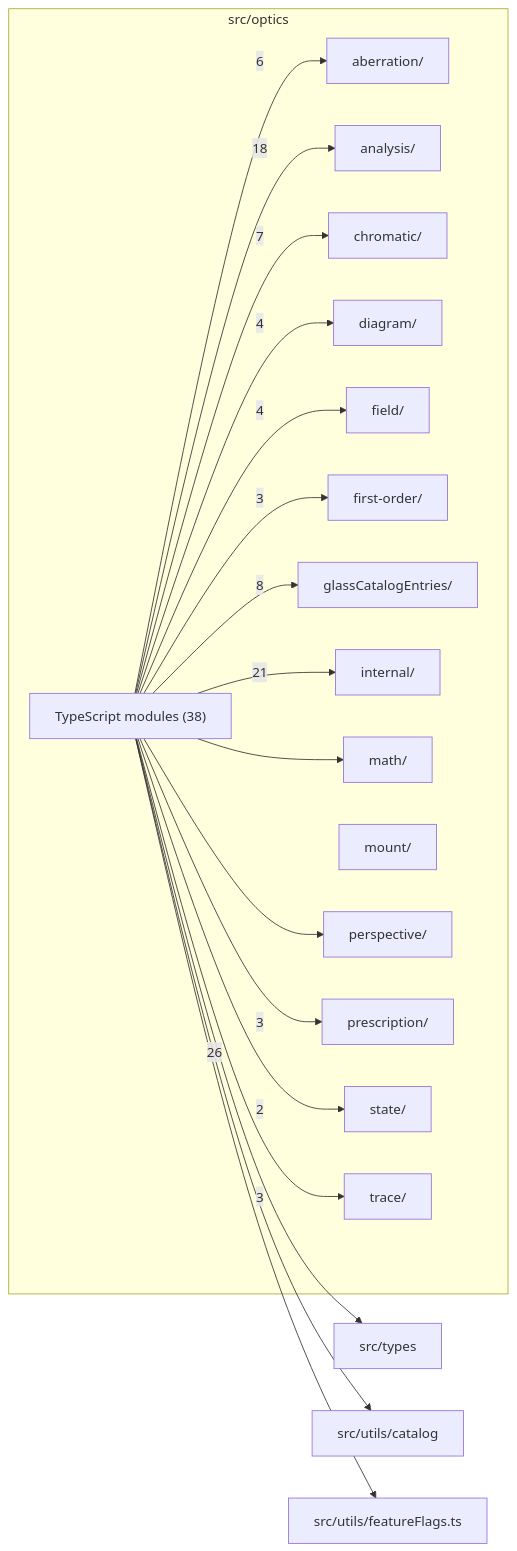
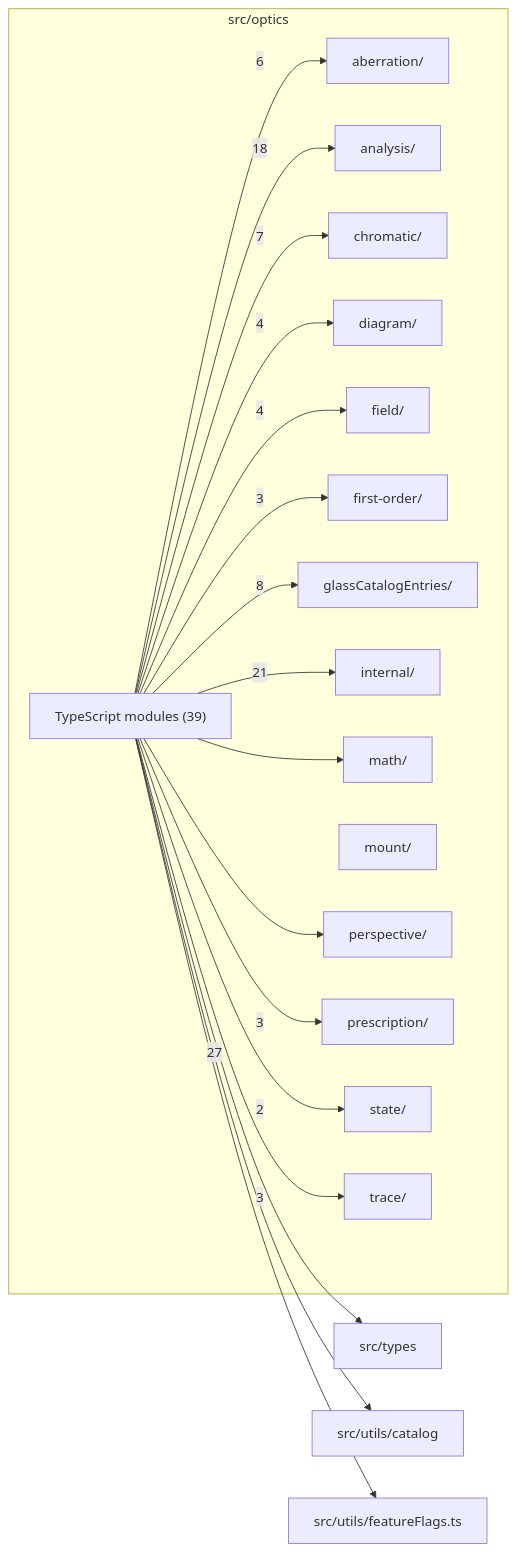
One commit to ronbuening/LensVisualizer changed the diagram in src/optics/readme.md. Above: the diagram before and after it, drawn with Mermaid. The commit also changed other lines of this file and 10 other files, not shown here.

````diff
--- a/src/optics/readme.md
+++ b/src/optics/readme.md
@@ -9,39 +9,39 @@
 ```mermaid
 flowchart LR
   subgraph n_src_optics["src/optics"]
     n_src_optics_src_optics_aberration["aberration/"]
     n_src_optics_src_optics_analysis["analysis/"]
     n_src_optics_src_optics_chromatic["chromatic/"]
     n_src_optics_src_optics_diagram["diagram/"]
     n_src_optics_src_optics_field["field/"]
     n_src_optics_src_optics_first_order["first-order/"]
     n_src_optics_src_optics_glassCatalogEntries["glassCatalogEntries/"]
     n_src_optics_src_optics_internal["internal/"]
     n_src_optics_src_optics_math["math/"]
     n_src_optics_src_optics_mount["mount/"]
     n_src_optics_src_optics_perspective["perspective/"]
     n_src_optics_src_optics_prescription["prescription/"]
     n_src_optics_src_optics_state["state/"]
     n_src_optics_src_optics_trace["trace/"]
-    n_src_optics_TypeScript_modules["TypeScript modules (38)"]
+    n_src_optics_TypeScript_modules["TypeScript modules (39)"]
   end
   n_external_src_types["src/types"]
   n_external_src_utils_catalog["src/utils/catalog"]
   n_external_src_utils_featureFlags_ts["src/utils/featureFlags.ts"]
-  n_src_optics_TypeScript_modules --> |26| n_external_src_types
+  n_src_optics_TypeScript_modules --> |27| n_external_src_types
   n_src_optics_TypeScript_modules --> |21| n_src_optics_src_optics_internal
   n_src_optics_TypeScript_modules --> |18| n_src_optics_src_optics_analysis
   n_src_optics_TypeScript_modules --> |8| n_src_optics_src_optics_glassCatalogEntries
   n_src_optics_TypeScript_modules --> |7| n_src_optics_src_optics_chromatic
   n_src_optics_TypeScript_modules --> |6| n_src_optics_src_optics_aberration
   n_src_optics_TypeScript_modules --> |4| n_src_optics_src_optics_diagram
   n_src_optics_TypeScript_modules --> |4| n_src_optics_src_optics_field
   n_src_optics_TypeScript_modules --> |3| n_src_optics_src_optics_first_order
   n_src_optics_TypeScript_modules --> |3| n_src_optics_src_optics_prescription
   n_src_optics_TypeScript_modules --> |3| n_src_optics_src_optics_trace
   n_src_optics_TypeScript_modules --> |2| n_src_optics_src_optics_state
   n_src_optics_TypeScript_modules --> n_external_src_utils_catalog
   n_src_optics_TypeScript_modules --> n_external_src_utils_featureFlags_ts
   n_src_optics_TypeScript_modules --> n_src_optics_src_optics_math
   n_src_optics_TypeScript_modules --> n_src_optics_src_optics_perspective
 ```
````
